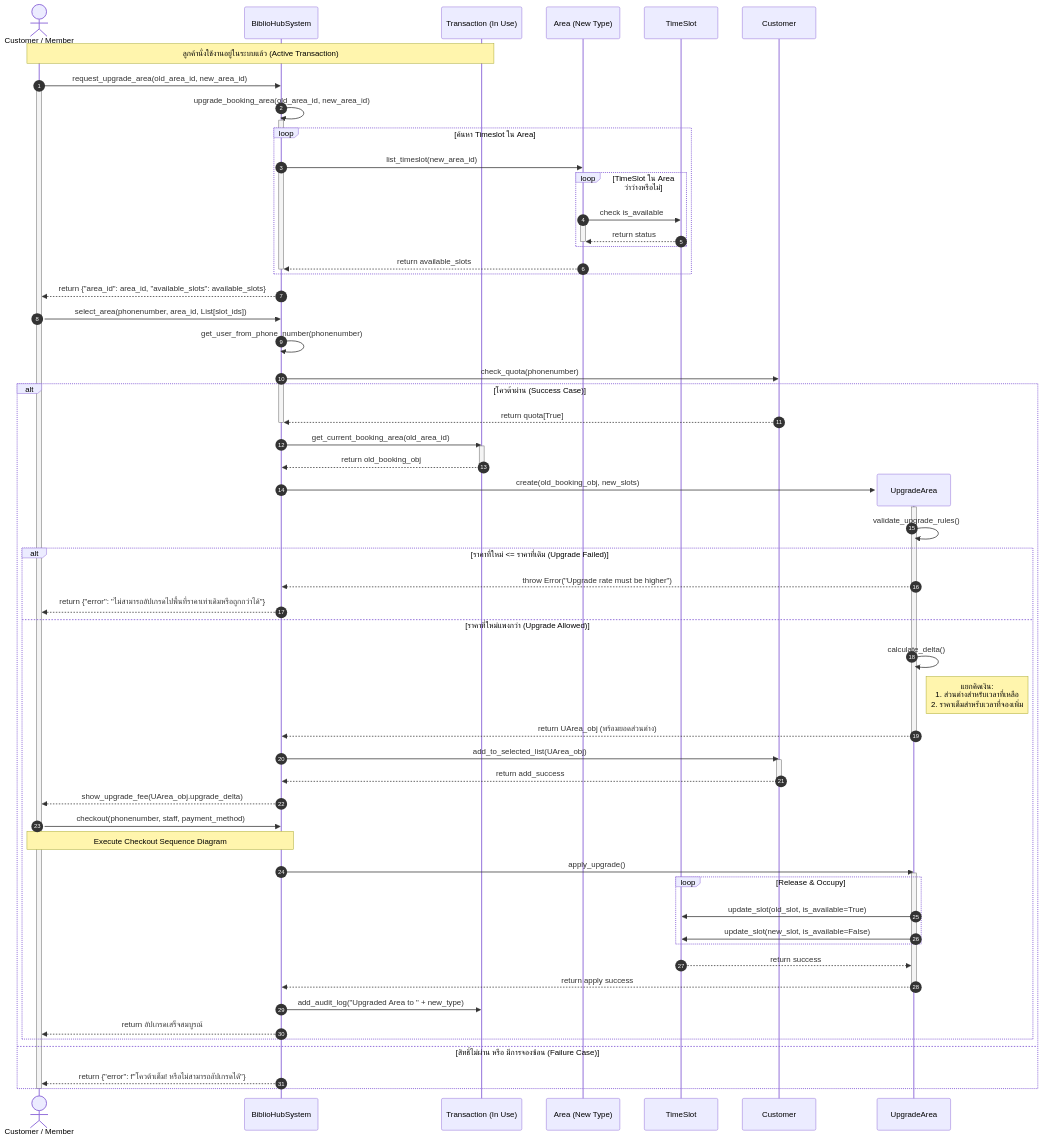
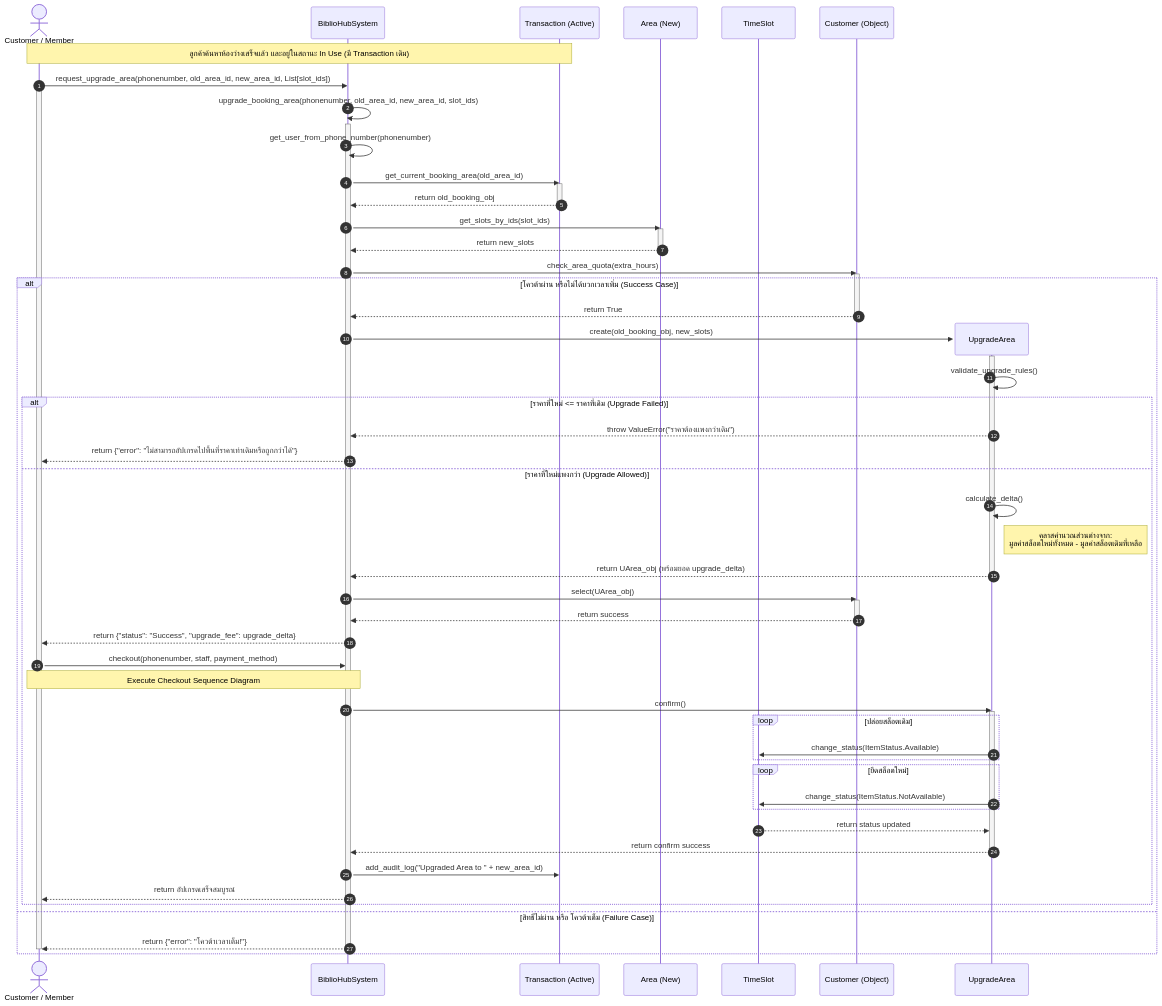
One commit to NadtaphumBadkhunthod/OOP changed the diagram in mermaid/seq_upgrade_area.mmd. Above: the diagram before and after it, drawn with Mermaid.

```diff
--- a/mermaid/seq_upgrade_area.mmd
+++ b/mermaid/seq_upgrade_area.mmd
@@ -1,100 +1,97 @@
 sequenceDiagram
     autonumber
     actor Customer as Customer / Member
     participant System as BiblioHubSystem
-    participant Trans as Transaction (In Use)
-    participant NewArea as Area (New Type)
+    participant Trans as Transaction (Active)
+    participant NewArea as Area (New)
     participant Slot as TimeSlot
-    participant Customers as Customer
+    participant Customers as Customer (Object)
     
-    Note over Customer, Trans: ลูกค้านั่งใช้งานอยู่ในระบบแล้ว (Active Transaction)
-    %% acthor requestมาที่ระบบ
-    Customer->>System: request_upgrade_area(old_area_id, new_area_id)
+    Note over Customer, Trans: ลูกค้าค้นหาห้องว่างเสร็จแล้ว และอยู่ในสถานะ In Use (มี Transaction เดิม)
+
+    %% API เข้ามาที่ระบบ
+    Customer->>System: request_upgrade_area(phonenumber, old_area_id, new_area_id, List[slot_ids])
     activate Customer
-    %% ระบบใช้methode upgrade_booking_area() ใน class ตัวเอง
-    System->>System: upgrade_booking_area(old_area_id, new_area_id) 
+    
+    %%เริ่มทำงานใน system.py
+    System->>System: upgrade_booking_area(phonenumber, old_area_id, new_area_id, slot_ids)
     activate System
-    deactivate System
     
-    %% ลูปค้นหาสล็อตว่าง
-    loop ค้นหา Timeslot ใน Area
-        System->>NewArea: list_timeslot(new_area_id)
-        activate System
-        loop TimeSlot ใน Area ว่าว่างหรือไม่
-            NewArea->>Slot: check is_available
-            activate NewArea
-            Slot-->>NewArea: return status
-            deactivate NewArea
-        end
-        NewArea-->>System: return available_slots
-        deactivate System
-    end
-
-    System -->> Customer : return {"area_id": area_id, "available_slots": available_slots}
-
-    Customer->>System: select_area(phonenumber, area_id, List[slot_ids])
     System->>System: get_user_from_phone_number(phonenumber)
     
-    %% เช็คเวลาที่บวกเพิ่มว่าเกินโควต้าไหม
-    System->>Customers: check_quota(phonenumber)
-    activate System
+    %%ดึง Transaction เดิม และที่นั่งเก่าออกมา
+    System->>Trans: get_current_booking_area(old_area_id)
+    activate Trans
+    Trans-->>System: return old_booking_obj
+    deactivate Trans
+
+    %%ดึง Object สล็อตใหม่จาก Area
+    System->>NewArea: get_slots_by_ids(slot_ids)
+    activate NewArea
+    NewArea-->>System: return new_slots
+    deactivate NewArea
+
+    %%เช็คโควต้าเฉพาะเวลาที่บวกเพิ่ม
+    System->>Customers: check_area_quota(extra_hours)
+    activate Customers
     
-    alt โควต้าผ่าน (Success Case)
-        Customers-->>System: return quota[True]
-        deactivate System
+    alt โควต้าผ่าน หรือไม่ได้บวกเวลาเพิ่ม (Success Case)
+        Customers-->>System: return True
+        deactivate Customers
         
-        %% ดึงข้อมูลที่นั่งเก่าออกมาเพื่อเตรียมเปรียบเทียบ
-        System->>Trans: get_current_booking_area(old_area_id)
-        activate Trans
-        Trans-->>System: return old_booking_obj
-        deactivate Trans
-        
+        %%สร้างใบเสนอราคา (UpgradeArea)
         create participant UArea as UpgradeArea
         System->>UArea: create(old_booking_obj, new_slots)
         activate UArea
         
-        %% ตรวจสอบเงื่อนไขการอัปเกรด (ราคาต้องแพงกว่าเดิม)
+        %% ตรวจสอบเงื่อนไขการอัปเกรด
         UArea->>UArea: validate_upgrade_rules()
         
         alt ราคาที่ใหม่ <= ราคาที่เดิม (Upgrade Failed)
-            UArea-->>System: throw Error("Upgrade rate must be higher")
+            UArea-->>System: throw ValueError("ราคาต้องแพงกว่าเดิม")
             System-->>Customer: return {"error": "ไม่สามารถอัปเกรดไปพื้นที่ราคาเท่าเดิมหรือถูกกว่าได้"}
         else ราคาที่ใหม่แพงกว่า (Upgrade Allowed)
             UArea->>UArea: calculate_delta()
-            Note right of UArea: แยกคิดเงิน: <br/>1. ส่วนต่างสำหรับเวลาที่เหลือ<br/>2. ราคาเต็มสำหรับเวลาที่จองเพิ่ม
-            UArea-->>System: return UArea_obj (พร้อมยอดส่วนต่าง)
+            Note right of UArea: คลาสคำนวณส่วนต่างจาก: <br/>มูลค่าสล็อตใหม่ทั้งหมด - มูลค่าสล็อตเดิมที่เหลือ
+            UArea-->>System: return UArea_obj (พร้อมยอด upgrade_delta)
             deactivate UArea
             
-            %% จบที่การนำใส่ตะกร้า
-            System->>Customers: add_to_selected_list(UArea_obj)
+            %%นำใส่ตะกร้า (Selected List)
+            System->>Customers: select(UArea_obj)
             activate Customers
-            Customers-->>System: return add_success
+            Customers-->>System: return success
             deactivate Customers
             
-            System-->>Customer: show_upgrade_fee(UArea_obj.upgrade_delta)
+            System-->>Customer: return {"status": "Success", "upgrade_fee": upgrade_delta}
             
-            %% เรียกใช้ Checkout Flow 
+            %%Checkout Flow
             Customer->>System: checkout(phonenumber, staff, payment_method)
+            Note over Customer, System: Execute Checkout Sequence Diagram
             
-            Note over Customer,System: Execute Checkout Sequence Diagram
+            %%สิ่งที่ต้องทำหลัง Checkout สำเร็จ (เปลี่ยนสถานะสล็อต)
+            System->>UArea: confirm()
+            activate UArea
             
-            %%สิ่งที่ต้องทำหลัง Checkout สำเร็จ 
-            System->>UArea: apply_upgrade()
-            activate UArea
-            loop Release & Occupy
-                UArea->>Slot: update_slot(old_slot, is_available=True)
-                UArea->>Slot: update_slot(new_slot, is_available=False)
+            loop ปล่อยสล็อตเดิม
+                UArea->>Slot: change_status(ItemStatus.Available)
             end
-            Slot-->>UArea: return success
-            UArea-->>System: return apply success
+            
+            loop ยึดสล็อตใหม่
+                UArea->>Slot: change_status(ItemStatus.NotAvailable)
+            end
+            Slot-->>UArea: return status updated
+            
+            UArea-->>System: return confirm success
             deactivate UArea
             
-            System->>Trans: add_audit_log("Upgraded Area to " + new_type)
+            %%เก็บประวัติลง Audit Log
+            System->>Trans: add_audit_log("Upgraded Area to " + new_area_id)
             System-->>Customer: return อัปเกรดเสร็จสมบูรณ์
+            
         end
         
-    else สิทธิ์ไม่ผ่าน หรือ มีการจองซ้อน (Failure Case)
-        System-->>Customer: return {"error": f"โควต้าเต็ม! หรือไม่สามารถอัปเกรดได้"}
+    else สิทธิ์ไม่ผ่าน หรือ โควต้าเต็ม (Failure Case)
+        System-->>Customer: return {"error": "โควต้าเวลาเต็ม!"}
+        deactivate System
+        deactivate Customer
     end
-    
-    deactivate Customer
```
